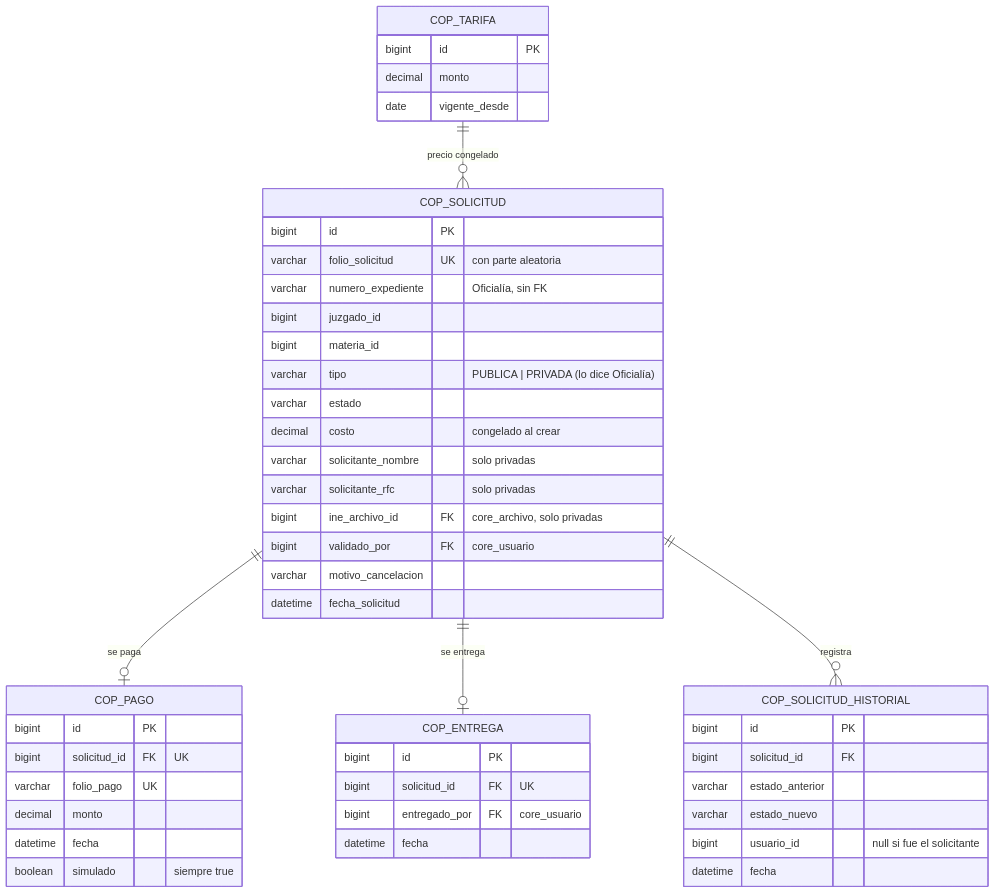
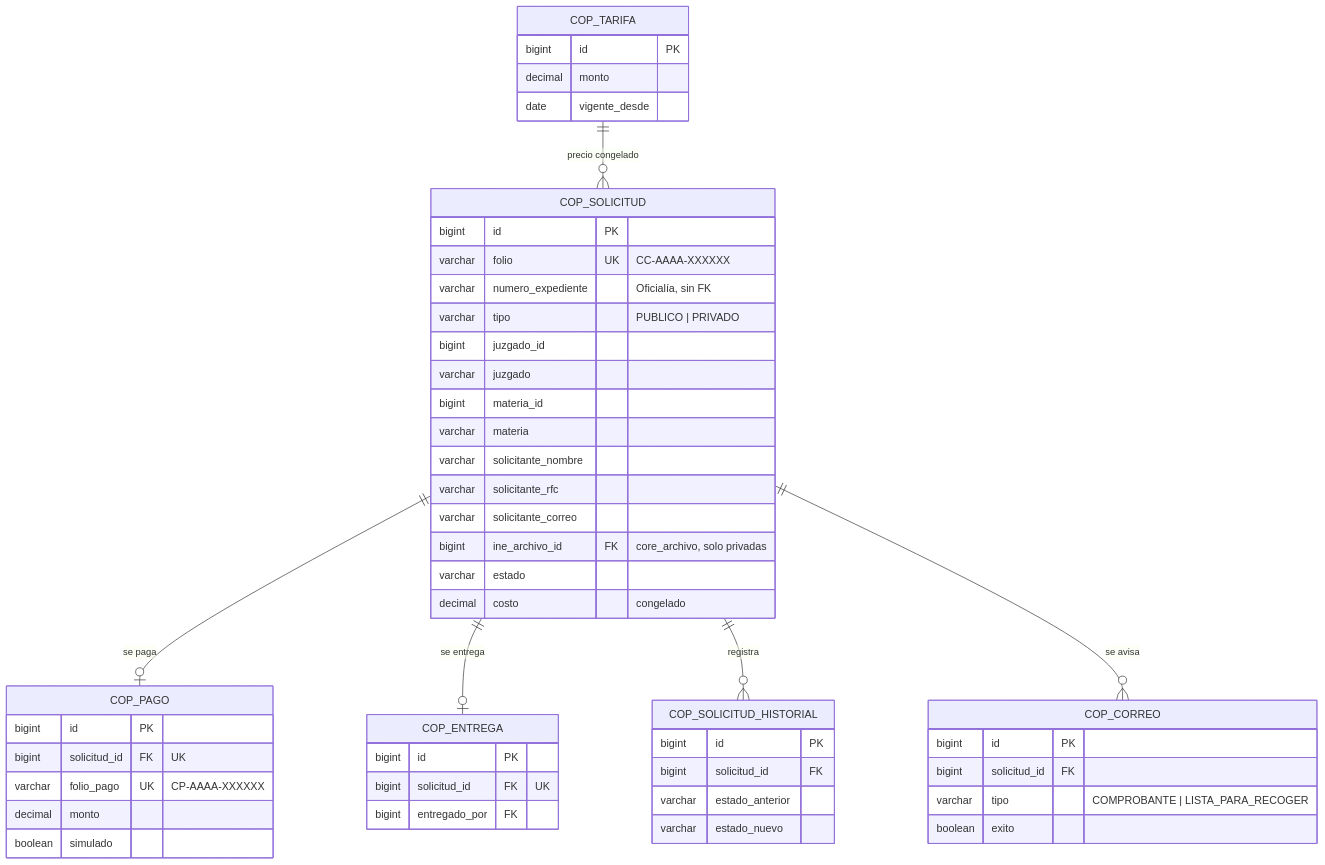
The first of 2 diagrams in docs/modulos/copias-certificadas.md (sij-utez-2026/sistema-judicial), drawn with Mermaid before and after one commit. The commit also changed other lines of this file and 70 other files, not shown here.

First line of the commit message:
feat(copias): solicitudes, validación, pago simulado y entrega de copias (RF 2.1-6.1)

````diff
--- a/docs/modulos/copias-certificadas.md
+++ b/docs/modulos/copias-certificadas.md
@@ -56,51 +65,54 @@
 ```mermaid
 erDiagram
+    COP_TARIFA ||--o{ COP_SOLICITUD : "precio congelado"
     COP_SOLICITUD ||--o| COP_PAGO : "se paga"
     COP_SOLICITUD ||--o| COP_ENTREGA : "se entrega"
     COP_SOLICITUD ||--o{ COP_SOLICITUD_HISTORIAL : registra
-    COP_TARIFA ||--o{ COP_SOLICITUD : "precio congelado"
+    COP_SOLICITUD ||--o{ COP_CORREO : "se avisa"
 
     COP_SOLICITUD {
         bigint id PK
-        varchar folio_solicitud UK "con parte aleatoria"
+        varchar folio UK "CC-AAAA-XXXXXX"
         varchar numero_expediente "Oficialía, sin FK"
+        varchar tipo "PUBLICO | PRIVADO"
         bigint juzgado_id
+        varchar juzgado
         bigint materia_id
-        varchar tipo "PUBLICA | PRIVADA (lo dice Oficialía)"
+        varchar materia
+        varchar solicitante_nombre
+        varchar solicitante_rfc
+        varchar solicitante_correo
+        bigint ine_archivo_id FK "core_archivo, solo privadas"
         varchar estado
-        decimal costo "congelado al crear"
-        varchar solicitante_nombre "solo privadas"
-        varchar solicitante_rfc "solo privadas"
-        bigint ine_archivo_id FK "core_archivo, solo privadas"
-        bigint validado_por FK "core_usuario"
-        varchar motivo_cancelacion
-        datetime fecha_solicitud
+        decimal costo "congelado"
     }
     COP_PAGO {
         bigint id PK
         bigint solicitud_id FK "UK"
-        varchar folio_pago UK
+        varchar folio_pago UK "CP-AAAA-XXXXXX"
         decimal monto
-        datetime fecha
-        boolean simulado "siempre true"
+        boolean simulado
     }
     COP_ENTREGA {
         bigint id PK
         bigint solicitud_id FK "UK"
-        bigint entregado_por FK "core_usuario"
-        datetime fecha
+        bigint entregado_por FK
     }
     COP_SOLICITUD_HISTORIAL {
         bigint id PK
         bigint solicitud_id FK
         varchar estado_anterior
         varchar estado_nuevo
-        bigint usuario_id "null si fue el solicitante"
-        datetime fecha
+    }
+    COP_CORREO {
+        bigint id PK
+        bigint solicitud_id FK
+        varchar tipo "COMPROBANTE | LISTA_PARA_RECOGER"
+        boolean exito
     }
     COP_TARIFA {
         bigint id PK
         decimal monto
         date vigente_desde
     }
 ```
````
